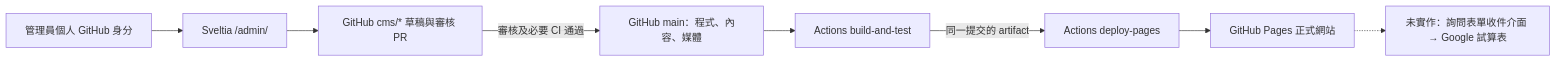
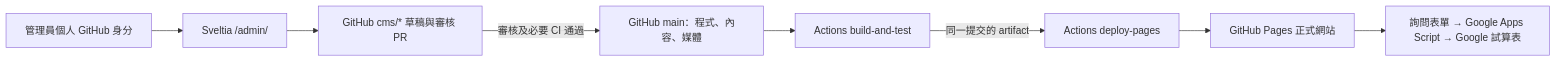
The diagram in docs/ARCHITECTURE.md (eric-pv/bigxreality-web), drawn with Mermaid before and after one commit. The commit also changed other lines of this file and 18 other files, not shown here.

````diff
--- a/docs/ARCHITECTURE.md
+++ b/docs/ARCHITECTURE.md
@@ -19,10 +19,10 @@
 ```mermaid
 flowchart LR
   Editor[管理員個人 GitHub 身分] --> CMS[Sveltia /admin/]
   CMS --> Draft[GitHub cms/* 草稿與審核 PR]
   Draft -->|審核及必要 CI 通過| Main[GitHub main：程式、內容、媒體]
   Main --> Verify[Actions build-and-test]
   Verify -->|同一提交的 artifact| Deploy[Actions deploy-pages]
   Deploy --> Pages[GitHub Pages 正式網站]
-  Pages -.-> Future[未實作：詢問表單收件介面 → Google 試算表]
+  Pages --> Inquiry[詢問表單 → Google Apps Script → Google 試算表]
 ```
````
